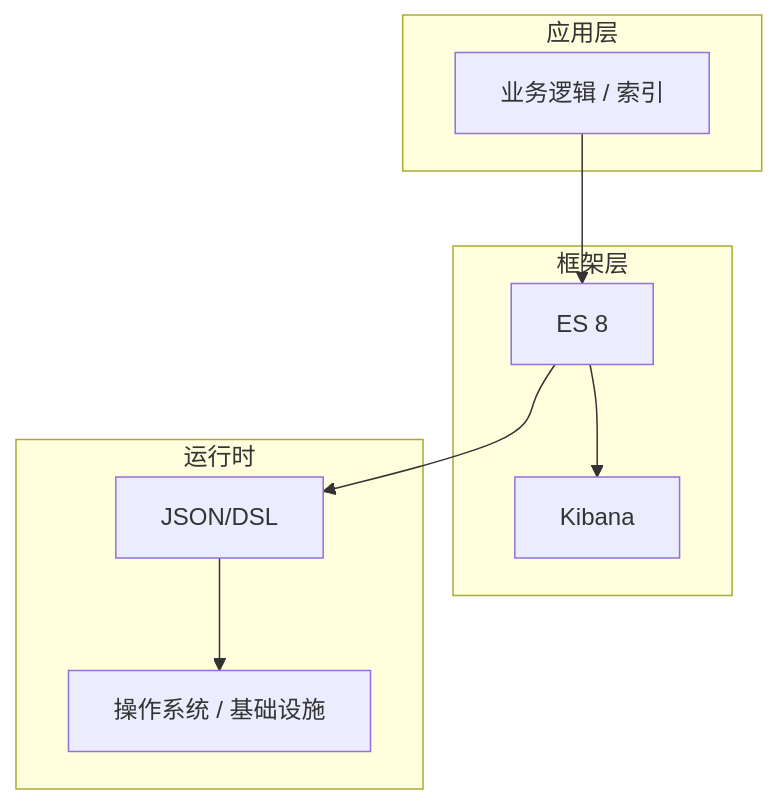
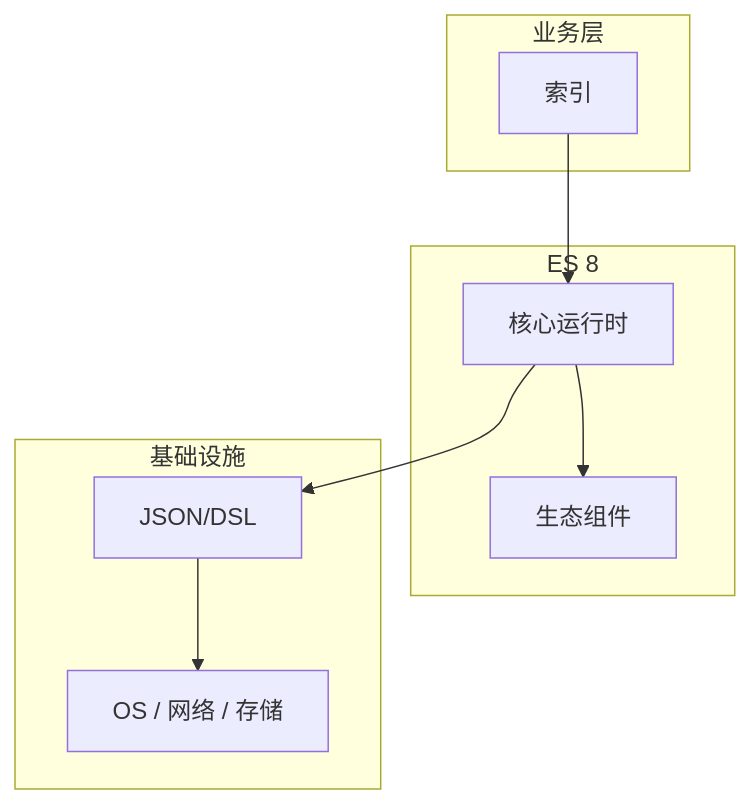
Before and after one commit to yanggan2015/knowledge-json-v2: the diagram in articles/Elasticsearch/chapters/015-索引核心概念与原理.md, drawn with Mermaid. The commit also changed other lines of this file and 10127 other files, not shown here.

````diff
--- a/articles/Elasticsearch/chapters/015-索引核心概念与原理.md
+++ b/articles/Elasticsearch/chapters/015-索引核心概念与原理.md
@@ -45,18 +34,18 @@
 ```mermaid
 graph TB
-    subgraph 应用层
-        A[业务逻辑 / 索引]
+    subgraph 业务层
+        A[索引]
     end
-    subgraph 框架层
-        B[ES 8]
-        C[Kibana]
+    subgraph ES 8
+        B[核心运行时]
+        C[生态组件]
     end
-    subgraph 运行时
+    subgraph 基础设施
         D[JSON/DSL]
-        E[操作系统 / 基础设施]
+        E[OS / 网络 / 存储]
     end
     A --> B
     B --> C
     B --> D
     D --> E
 ```
````
